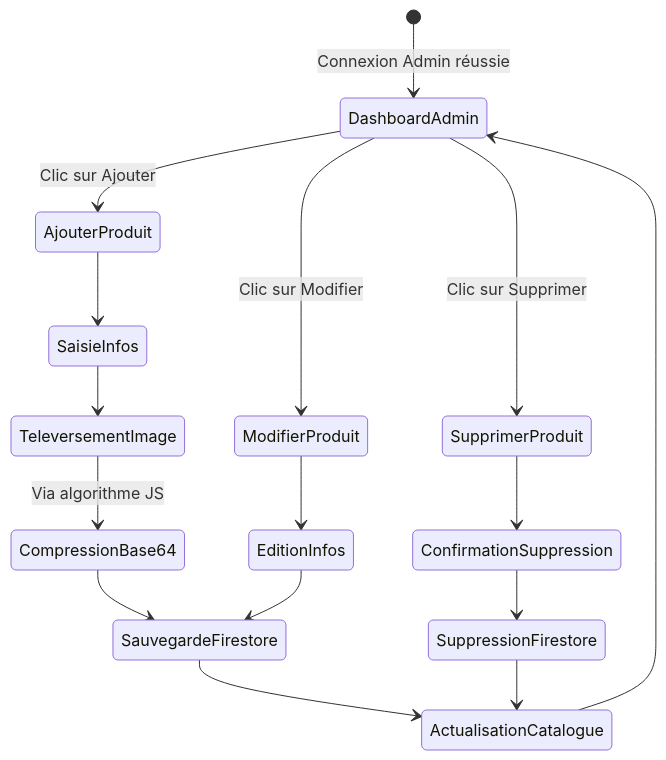
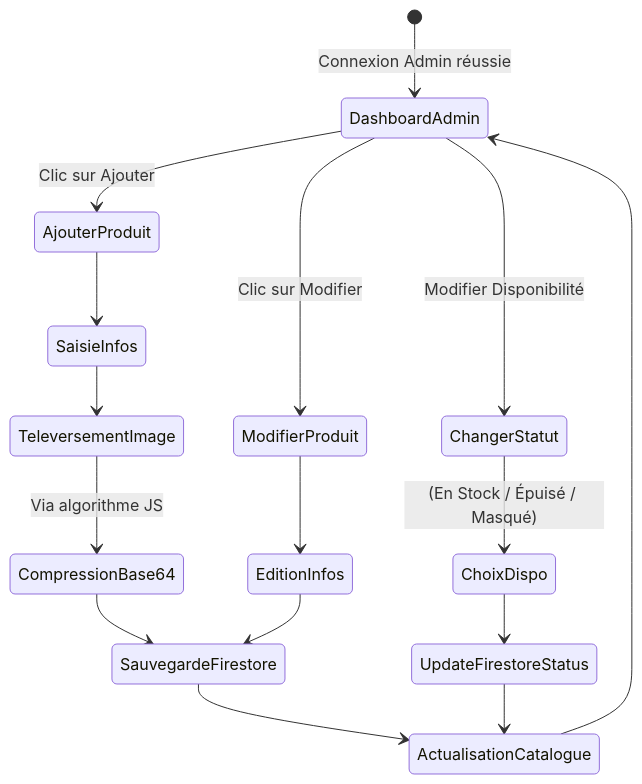
One commit to Midousy92/Barham_Optic changed the fifth of 6 diagrams in Memoire_Academique_Barham_Optic.md. Above: the diagram before and after it, drawn with Mermaid. The commit also changed other lines of this file and 10 other files, not shown here.

Commit message:
feat: ajout de l'historique d'achats sur profil et gestion des commandes sur le dashboard admin

````diff
--- a/Memoire_Academique_Barham_Optic.md
+++ b/Memoire_Academique_Barham_Optic.md
@@ -379,24 +380,24 @@
 ```mermaid
 stateDiagram-v2
     [*] --> DashboardAdmin: Connexion Admin réussie
     
     DashboardAdmin --> AjouterProduit: Clic sur Ajouter
     DashboardAdmin --> ModifierProduit: Clic sur Modifier
-    DashboardAdmin --> SupprimerProduit: Clic sur Supprimer
+    DashboardAdmin --> ChangerStatut: Modifier Disponibilité
     
     AjouterProduit --> SaisieInfos
     SaisieInfos --> TeleversementImage
     TeleversementImage --> CompressionBase64: Via algorithme JS
     CompressionBase64 --> SauvegardeFirestore
     
     ModifierProduit --> EditionInfos
     EditionInfos --> SauvegardeFirestore
     
-    SupprimerProduit --> ConfirmationSuppression
-    ConfirmationSuppression --> SuppressionFirestore
+    ChangerStatut --> ChoixDispo: (En Stock / Épuisé / Masqué)
+    ChoixDispo --> UpdateFirestoreStatus
     
     SauvegardeFirestore --> ActualisationCatalogue
-    SuppressionFirestore --> ActualisationCatalogue
+    UpdateFirestoreStatus --> ActualisationCatalogue
     
     ActualisationCatalogue --> DashboardAdmin
 ```
````
